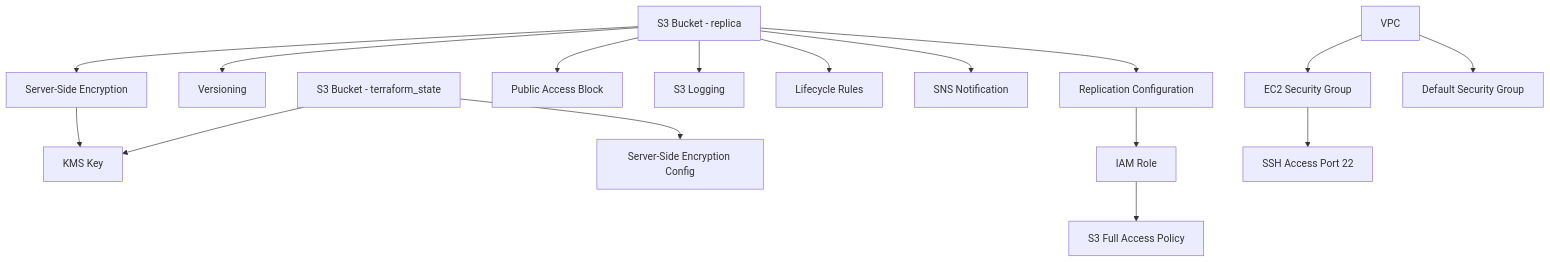
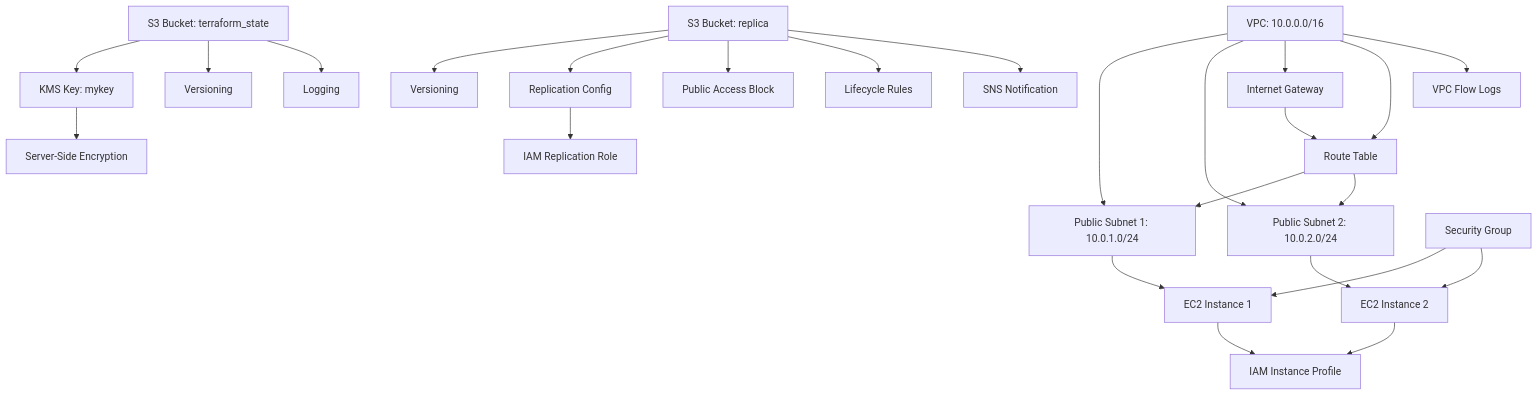
Before and after one commit to ramshukla67/terraform_demo1: the second of 2 diagrams in README.md, drawn with Mermaid. The commit also changed other lines of this file, not shown here.

````diff
--- a/README.md
+++ b/README.md
@@ -255,18 +257,27 @@
 ```mermaid
 flowchart TD
-    A[S3 Bucket - terraform_state] --> B[KMS Key]
-    A --> C[Server-Side Encryption Config]
-    D[S3 Bucket - replica] --> E[Versioning]
-    D --> F[Replication Configuration]
-    D --> G[Public Access Block]
-    D --> H[S3 Logging]
-    D --> I[Lifecycle Rules]
-    D --> J[SNS Notification]
-    D --> K[Server-Side Encryption]
-    K --> B
-    F --> L[IAM Role]
-    L --> M[S3 Full Access Policy]
-    N[VPC] --> O[EC2 Security Group]
-    N --> P[Default Security Group]
-    O --> Q[SSH Access Port 22]
+    A[VPC: 10.0.0.0/16] --> B[Public Subnet 1: 10.0.1.0/24]
+    A --> C[Public Subnet 2: 10.0.2.0/24]
+    B --> D[EC2 Instance 1]
+    C --> E[EC2 Instance 2]
+    D --> F[IAM Instance Profile]
+    E --> F
+    A --> G[Internet Gateway]
+    A --> H[Route Table]
+    G --> H
+    H --> B
+    H --> C
+    I[Security Group] --> D
+    I --> E
+    J[S3 Bucket: terraform_state] --> K[KMS Key: mykey]
+    K --> L[Server-Side Encryption]
+    J --> M[Versioning]
+    J --> N[Logging]
+    O[S3 Bucket: replica] --> P[Versioning]
+    O --> Q[Replication Config]
+    O --> R[Public Access Block]
+    O --> S[Lifecycle Rules]
+    O --> T[SNS Notification]
+    Q --> U[IAM Replication Role]
+    A --> V[VPC Flow Logs]
 ```
````
